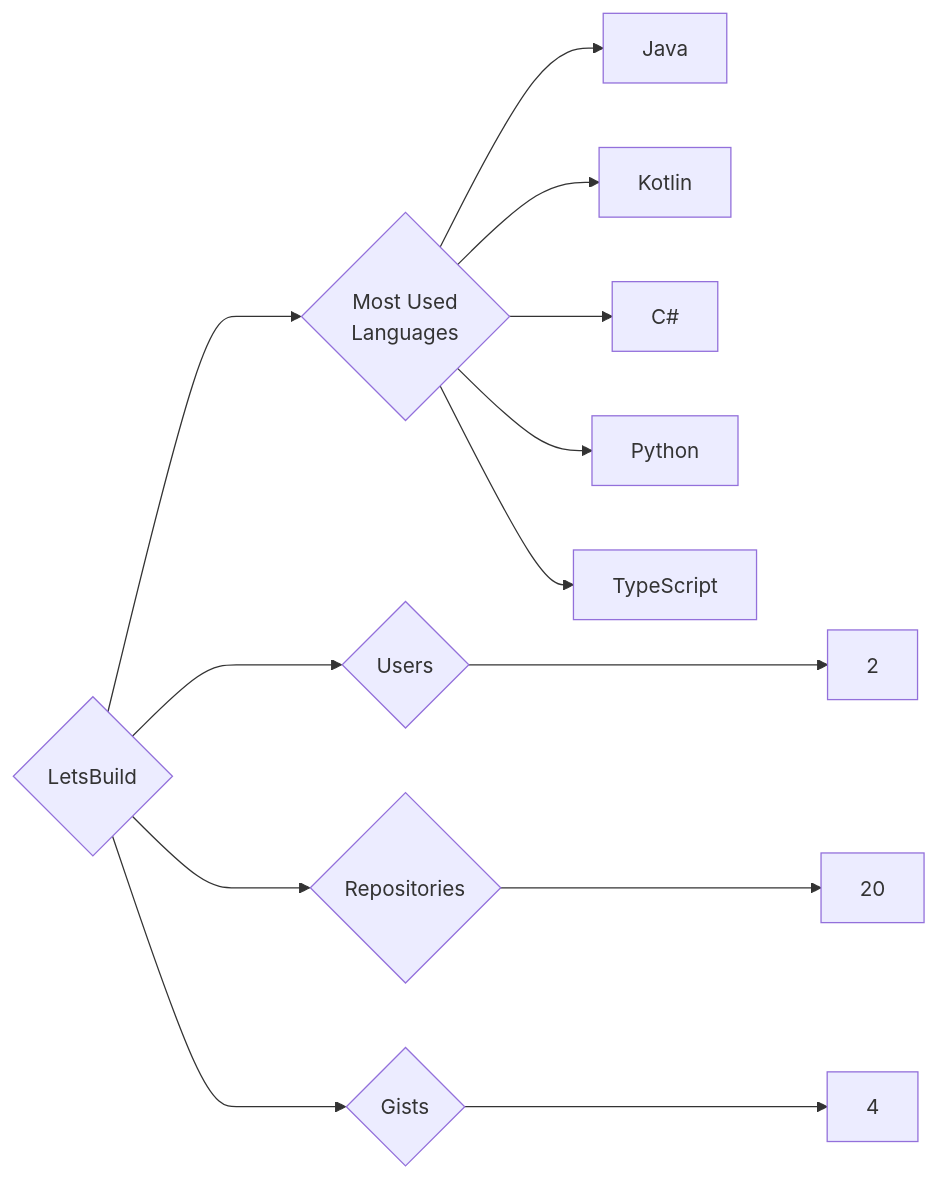
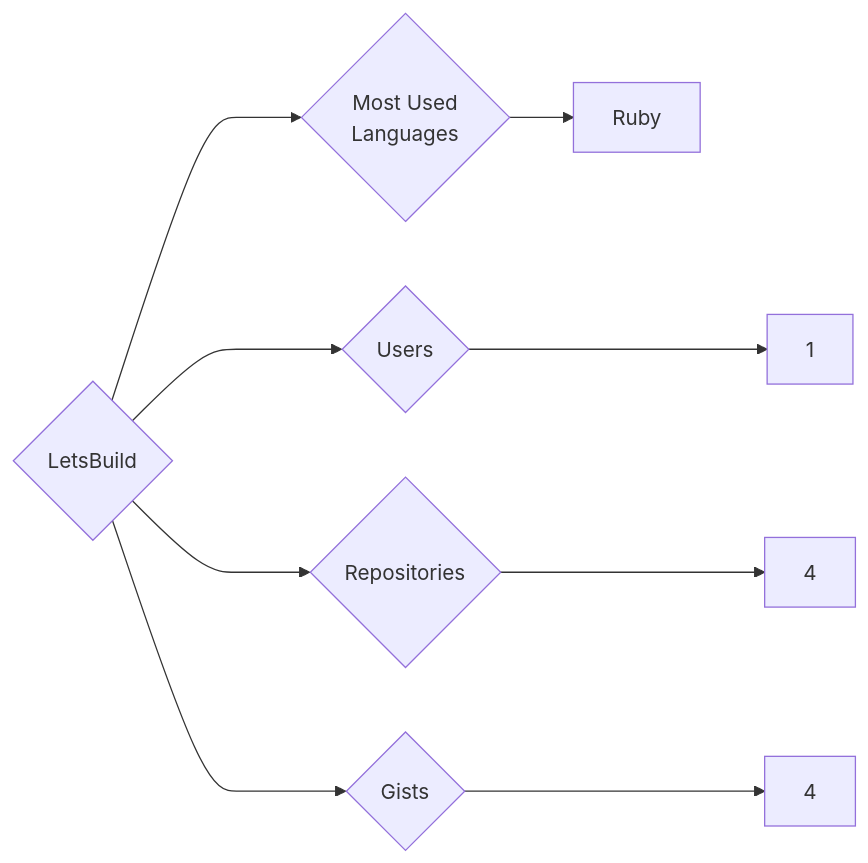
Before and after one commit to trickest/insiders: the diagram in targets/LetsBuild/README.md, drawn with Mermaid. The commit also changed 914 other files, not shown here.

````diff
--- a/targets/LetsBuild/README.md
+++ b/targets/LetsBuild/README.md
@@ -3,13 +3,9 @@
 ```mermaid
 graph LR
 COMPANY_NAME{LetsBuild}
-COMPANY_NAME ---> U{Users} ---> UN[2]
-COMPANY_NAME ---> R{Repositories} ---> RN[20]
+COMPANY_NAME ---> U{Users} ---> UN[1]
+COMPANY_NAME ---> R{Repositories} ---> RN[4]
 COMPANY_NAME ---> G{Gists} ---> GN[4]
 COMPANY_NAME ---> ML{Most Used<br>Languages}
-ML --> Java[Java]
-ML --> Kotlin[Kotlin]
-ML --> C#[C#]
-ML --> Python[Python]
-ML --> TypeScript[TypeScript]
+ML --> Ruby[Ruby]
 ```
````
